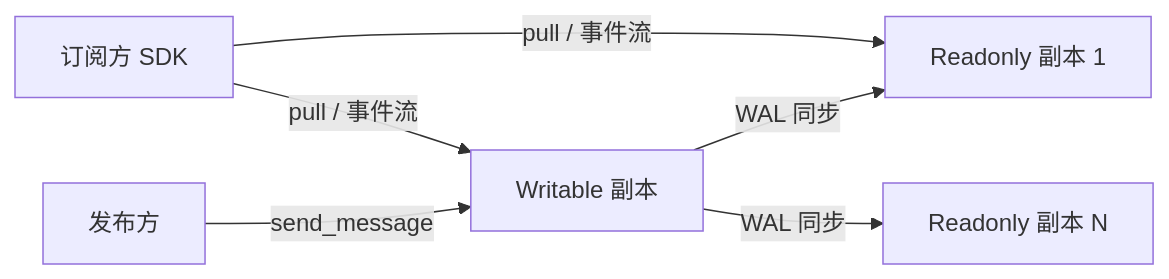
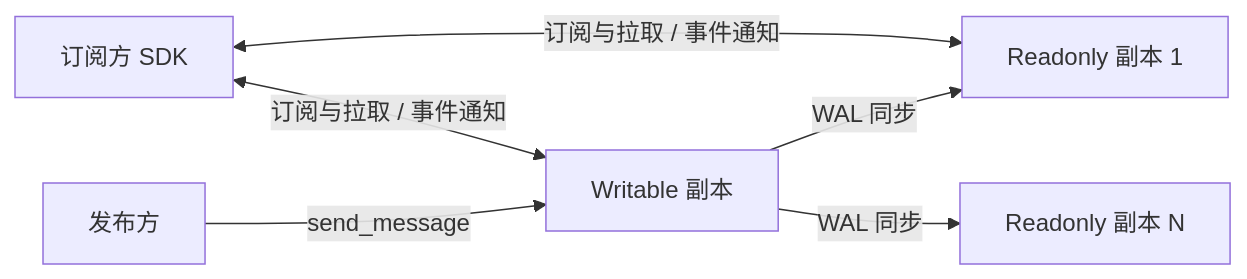
The diagram in doc/docs/components/dtmq.md (atframework/atsf4g-co), drawn with Mermaid before and after one commit. The commit also changed other lines of this file and 45 other files, not shown here.

````diff
--- a/doc/docs/components/dtmq.md
+++ b/doc/docs/components/dtmq.md
@@ -61,8 +62,8 @@
 ```mermaid
 flowchart LR
     Pub[发布方] -->|send_message| W[Writable 副本]
     W -->|WAL 同步| R1[Readonly 副本 1]
     W -->|WAL 同步| R2[Readonly 副本 N]
-    Sub[订阅方 SDK] -->|pull / 事件流| R1
-    Sub -->|pull / 事件流| W
+    Sub[订阅方 SDK] <-->|订阅与拉取 / 事件通知| R1
+    Sub <-->|订阅与拉取 / 事件通知| W
 ```
````
